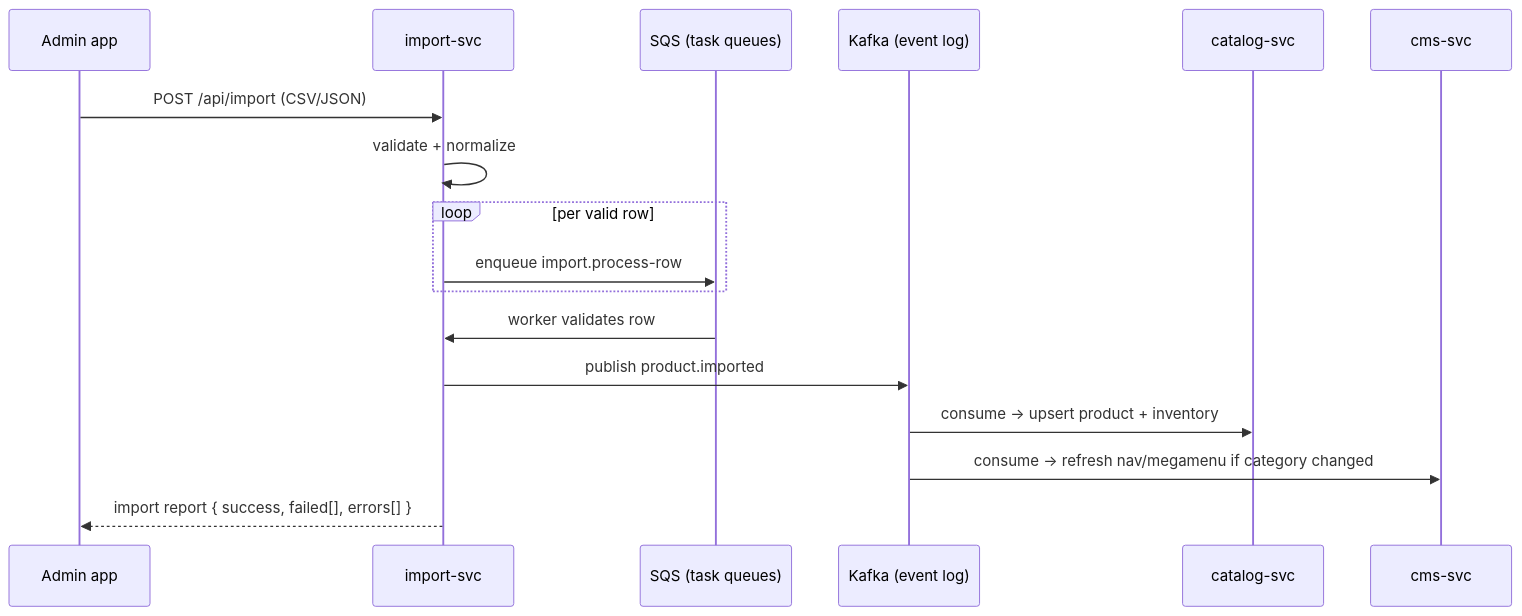
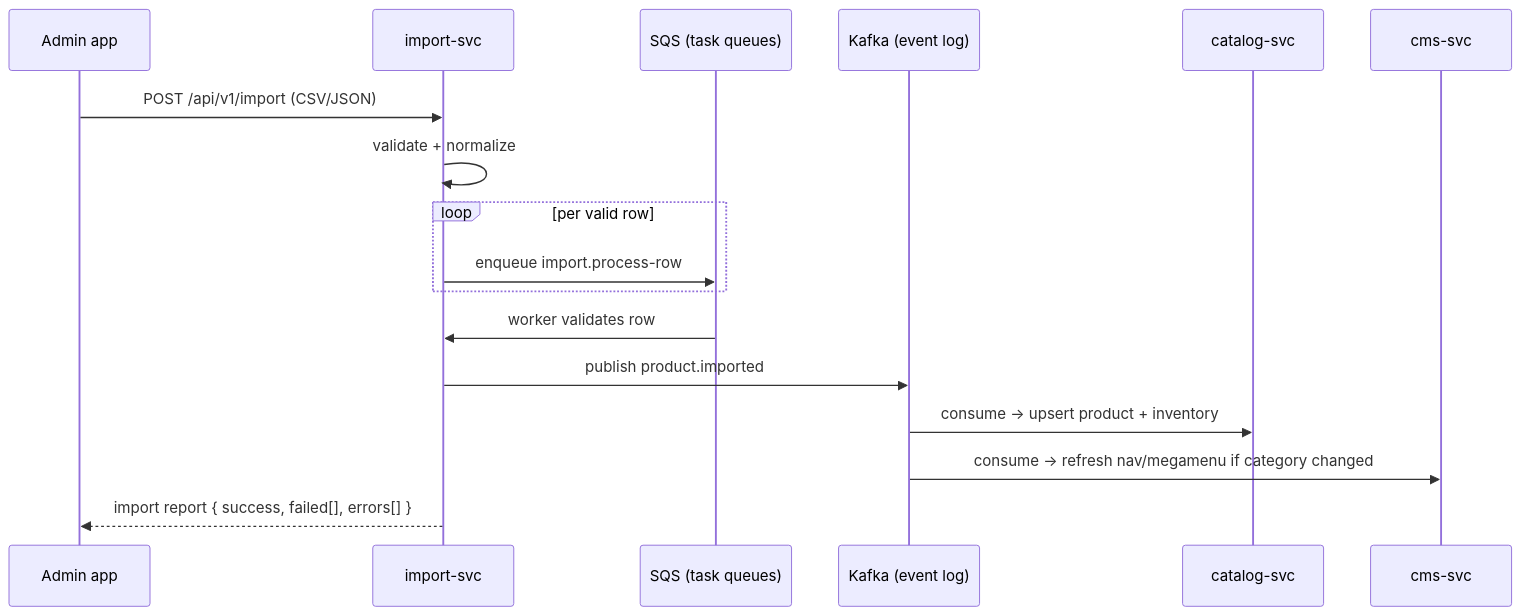
One commit to E-Commerce-BDA/Documentation changed the eighth of 9 diagrams in 1.Architecture.md. Above: the diagram before and after it, drawn with Mermaid. The commit also changed other lines of this file, not shown here.

First line of the commit message:
Docs: auth base path /api/v1 + readiness in the health wiring

````diff
--- a/1.Architecture.md
+++ b/1.Architecture.md
@@ -706,20 +707,20 @@
 ```mermaid
 sequenceDiagram
     participant AD as Admin app
     participant IM as import-svc
     participant Q as SQS (task queues)
     participant K as Kafka (event log)
     participant CA as catalog-svc
     participant CM as cms-svc
 
-    AD->>IM: POST /api/import (CSV/JSON)
+    AD->>IM: POST /api/v1/import (CSV/JSON)
     IM->>IM: validate + normalize
     loop per valid row
         IM->>Q: enqueue import.process-row
     end
     Q->>IM: worker validates row
     IM->>K: publish product.imported
     K->>CA: consume → upsert product + inventory
     K->>CM: consume → refresh nav/megamenu if category changed
     IM-->>AD: import report { success, failed[], errors[] }
 ```
````
